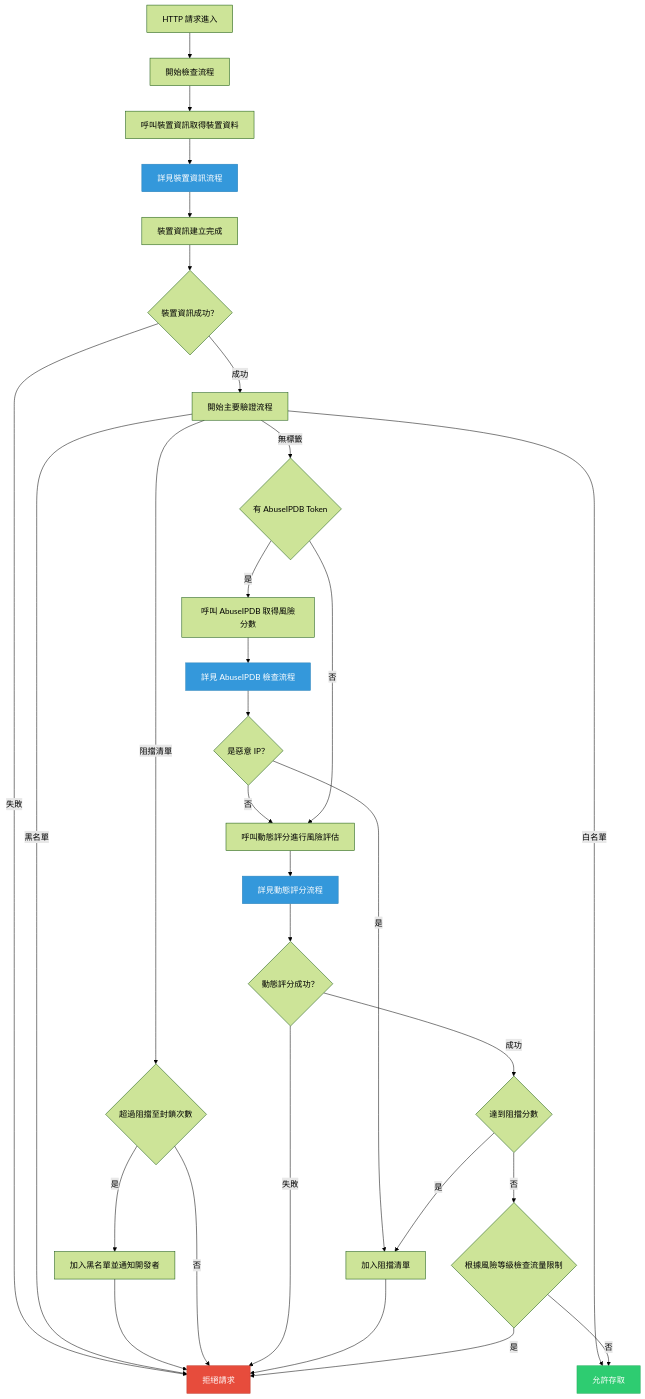
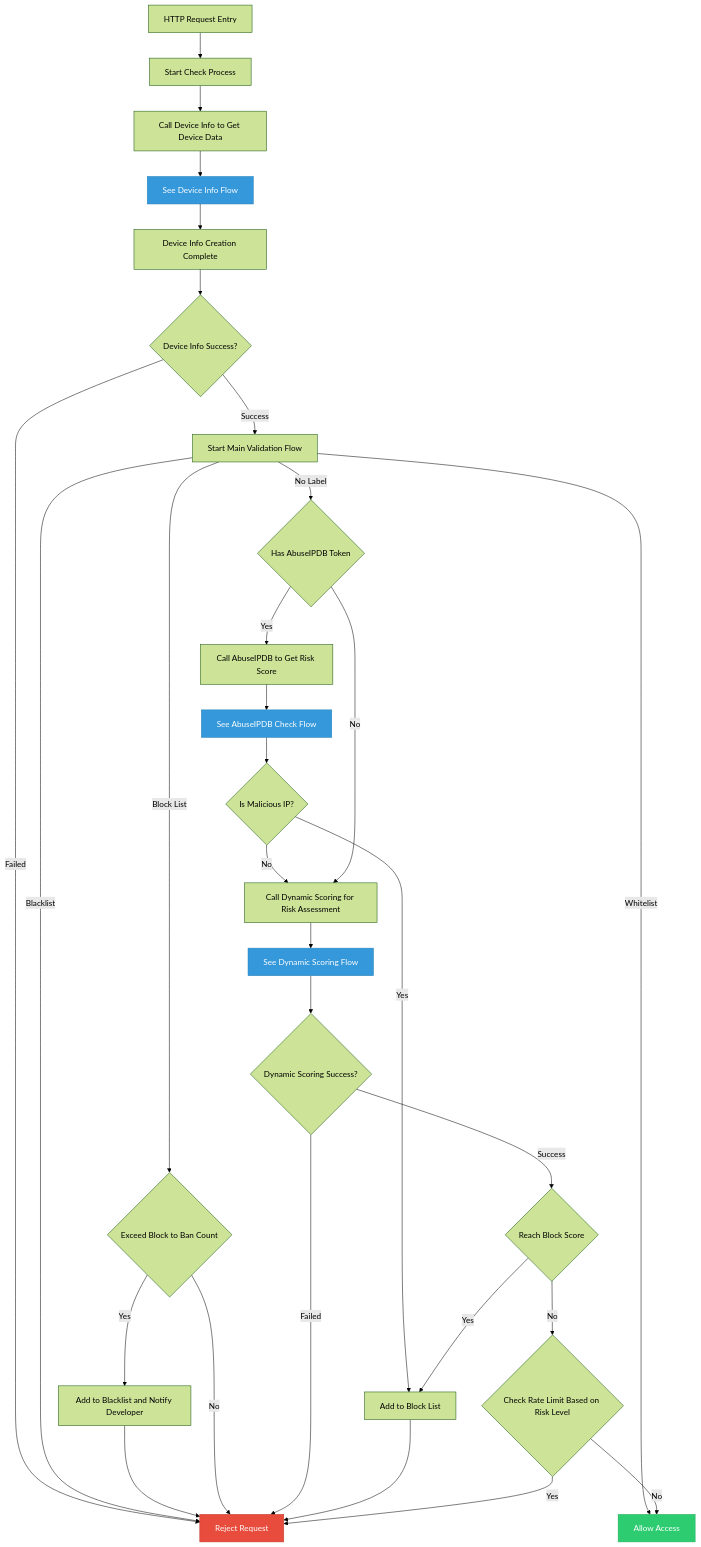
The first of 4 diagrams in README.md (pardnchiu/golang-ip-guardian), drawn with Mermaid (forest theme) before and after one commit. The commit also changed other lines of this file and 10 other files, not shown here.

Commit message:
feat: add GeoLite2 location-based risk detection

````diff
--- a/README.md
+++ b/README.md
@@ -41,38 +278,38 @@
 ```mermaid
 graph TD
- A[HTTP 請求進入] --> B[開始檢查流程]
- B --> C[呼叫裝置資訊取得裝置資料]
+ A[HTTP Request Entry] --> B[Start Check Process]
+ B --> C[Call Device Info to Get Device Data]
  %% Device Info simplified view
- C --> C1[詳見裝置資訊流程]:::module
- C1 --> D[裝置資訊建立完成]
- D --> D1{裝置資訊成功？}
- D1 -->|失敗| REJECT
+ C --> C1[See Device Info Flow]:::module
+ C1 --> D[Device Info Creation Complete]
+ D --> D1{Device Info Success?}
+ D1 -->|Failed| REJECT
  %% Main validation logic
- D1 -->|成功| E[開始主要驗證流程]
- E --> |白名單| SUCCESS[允許存取]
- E -->|黑名單| REJECT[拒絕請求]
- E -->|阻擋清單| I{超過阻擋至封鎖次數}
- I -->|是| J[加入黑名單並通知開發者]
+ D1 -->|Success| E[Start Main Validation Flow]
+ E --> |Whitelist| SUCCESS[Allow Access]
+ E -->|Blacklist| REJECT[Reject Request]
+ E -->|Block List| I{Exceed Block to Ban Count}
+ I -->|Yes| J[Add to Blacklist and Notify Developer]
  J --> REJECT
- I -->|否| REJECT
- E -->|無標籤| FFF{有 AbuseIPDB Token}
- FFF -->|是| ABUSE[呼叫 AbuseIPDB 取得風險分數]
- ABUSE --> ABUSE1[詳見 AbuseIPDB 檢查流程]:::module
- ABUSE1 --> ABUSE2{是惡意 IP？}
- ABUSE2 -->|是| AD12[加入阻擋清單]
- ABUSE2 -->|否| L[呼叫動態評分進行風險評估]
- FFF -->|否| L
+ I -->|No| REJECT
+ E -->|No Label| FFF{Has AbuseIPDB Token}
+ FFF -->|Yes| ABUSE[Call AbuseIPDB to Get Risk Score]
+ ABUSE --> ABUSE1[See AbuseIPDB Check Flow]:::module
+ ABUSE1 --> ABUSE2{Is Malicious IP?}
+ ABUSE2 -->|Yes| AD12[Add to Block List]
+ ABUSE2 -->|No| L[Call Dynamic Scoring for Risk Assessment]
+ FFF -->|No| L
  %% Dynamic Score simplified view
- L --> L1[詳見動態評分流程]:::module
- L1 --> R1{動態評分成功？}
- R1 -->|失敗| REJECT
- R1 -->|成功| T{達到阻擋分數}
- T -->|是| AD12
+ L --> L1[See Dynamic Scoring Flow]:::module
+ L1 --> R1{Dynamic Scoring Success?}
+ R1 -->|Failed| REJECT
+ R1 -->|Success| T{Reach Block Score}
+ T -->|Yes| AD12
  AD12 --> REJECT
- T -->|否| V{根據風險等級檢查流量限制}
- V -->|否| SUCCESS:::success
- V -->|是| REJECT:::danger
+ T -->|No| V{Check Rate Limit Based on Risk Level}
+ V -->|No| SUCCESS:::success
+ V -->|Yes| REJECT:::danger
  classDef module fill: #3498db,stroke: #2980b9,color: #ffffff
  classDef success fill: #2ecc71,stroke: #27ae60,color: #ffffff
  classDef danger fill: #e74c3c,stroke: #c0392b,color: #ffffff
 ```
````
